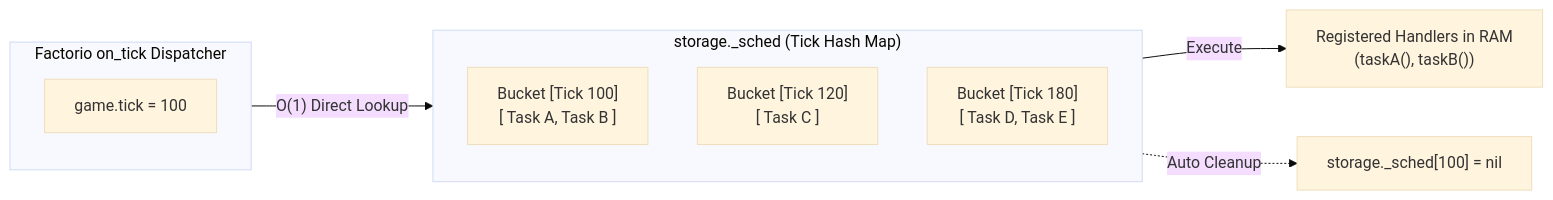
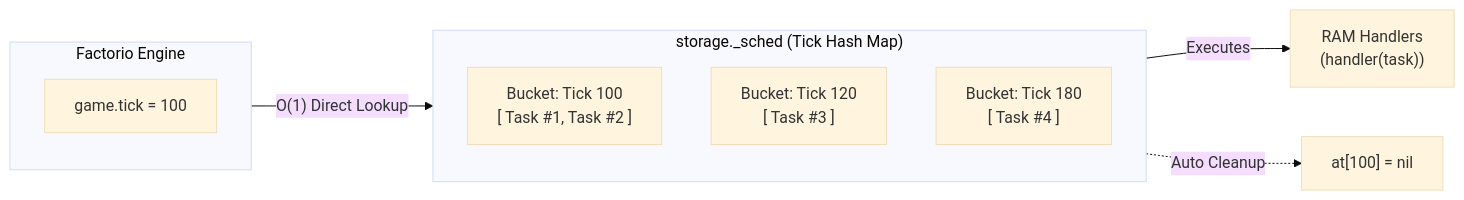
One commit to VladislavPrimakov/mods_factorio changed the diagram in website/src/content/docs/patterns/scheduler.md. Above: the diagram before and after it, drawn with Mermaid (base theme). The commit also changed other lines of this file and 45 other files, not shown here.

````diff
--- a/website/src/content/docs/patterns/scheduler.md
+++ b/website/src/content/docs/patterns/scheduler.md
@@ -14,17 +14,17 @@
 ```mermaid
 flowchart LR
-    subgraph StorageSched["storage._sched (Tick Hash Map)"]
+    subgraph Storage["storage._sched (Tick Hash Map)"]
         direction TB
-        T100["Bucket [Tick 100]\n[ Task A, Task B ]"]
-        T120["Bucket [Tick 120]\n[ Task C ]"]
-        T180["Bucket [Tick 180]\n[ Task D, Task E ]"]
+        T100["Bucket: Tick 100<br/>[ Task #1, Task #2 ]"]
+        T120["Bucket: Tick 120<br/>[ Task #3 ]"]
+        T180["Bucket: Tick 180<br/>[ Task #4 ]"]
     end
 
-    subgraph Engine["Factorio on_tick Dispatcher"]
+    subgraph Engine["Factorio Engine"]
         CurrentTick["game.tick = 100"]
     end
 
     Engine -->|"O(1) Direct Lookup"| T100
-    T100 -->|Execute| Handlers["Registered Handlers in RAM\n(taskA(), taskB())"]
-    T100 -.->|Auto Cleanup| Clean["storage._sched[100] = nil"]
+    T100 -->|Executes| Handlers["RAM Handlers<br/>(handler(task))"]
+    T100 -.->|Auto Cleanup| Clean["at[100] = nil"]
 ```
````
